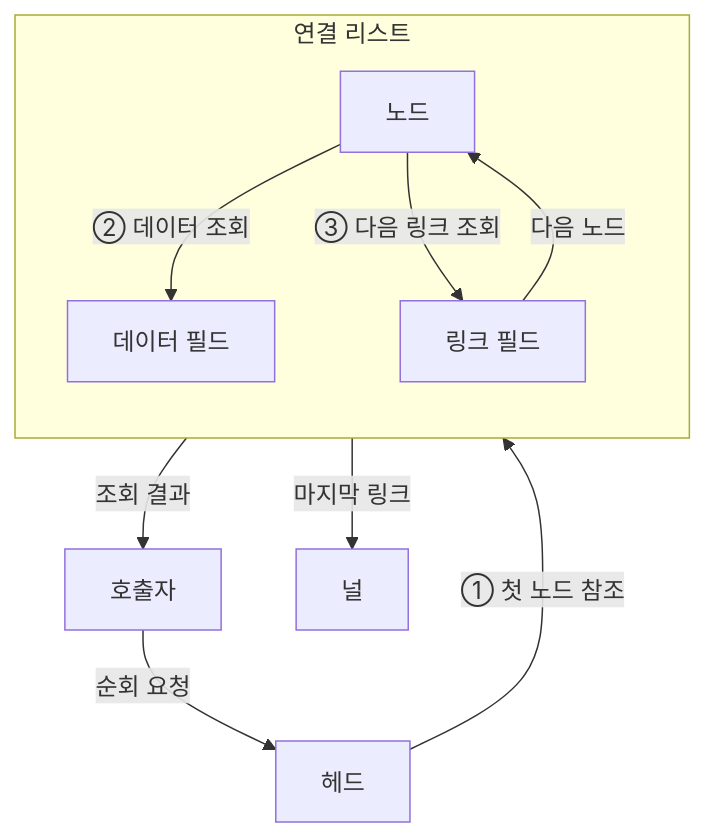
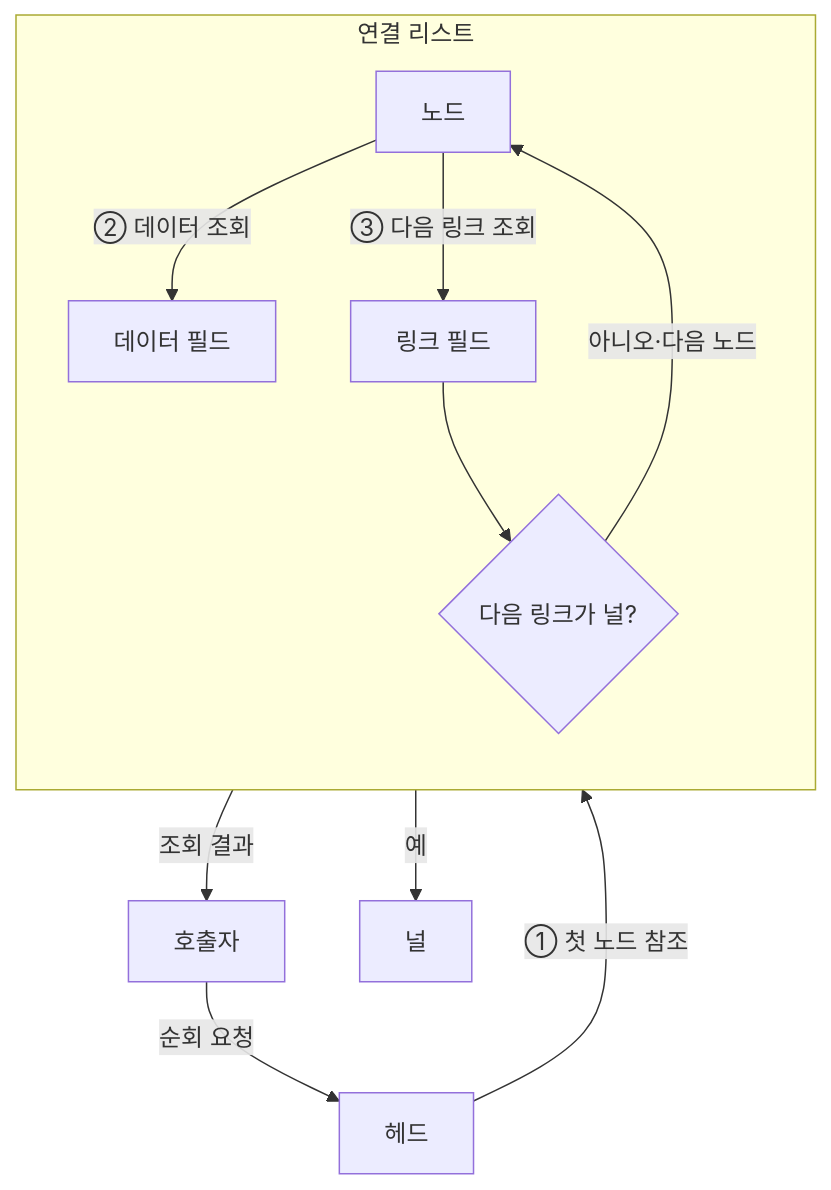
The third of 4 diagrams in src/content/docs/notes/01-basic-theory/006_linked_list.md (agnusdei1207/knowledge-base), drawn with Mermaid before and after one commit. The commit also changed other lines of this file and 18 other files, not shown here.

````diff
--- a/src/content/docs/notes/01-basic-theory/006_linked_list.md
+++ b/src/content/docs/notes/01-basic-theory/006_linked_list.md
@@ -69,18 +83,20 @@
 ```mermaid
 flowchart TB
     Q[호출자]
     H[헤드]
     subgraph LL[연결 리스트]
         direction TB
         N[노드]
         D[데이터 필드]
         L[링크 필드]
+        C{다음 링크가 널?}
         N -->|② 데이터 조회| D
         N -->|③ 다음 링크 조회| L
-        L -->|다음 노드| N
+        L --> C
+        C -->|아니오·다음 노드| N
     end
     Q -->|순회 요청| H
     H -->|① 첫 노드 참조| N
-    L -->|마지막 링크| Z[널]
+    C -->|예| Z[널]
     N -->|조회 결과| Q
 ```
````
